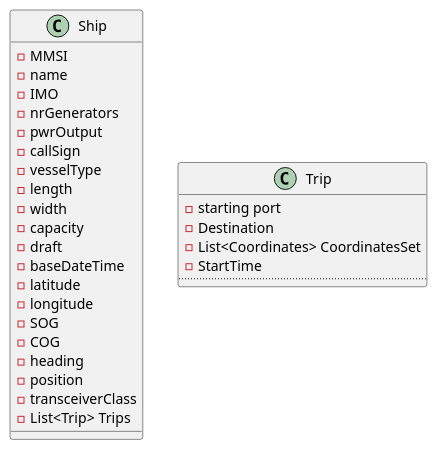
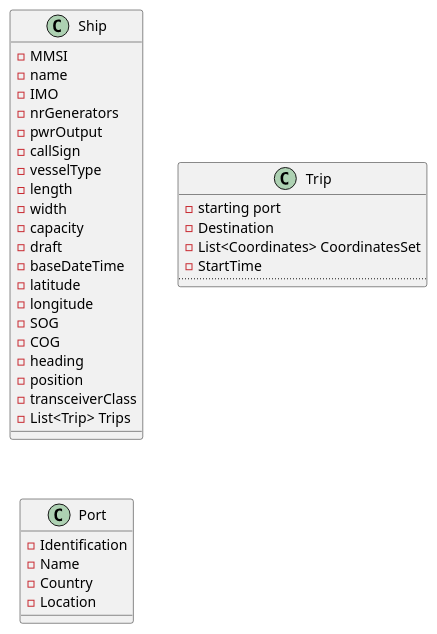
The diagram in docs/Sprint1/US105/CD.puml (mpoboas/lapr3-2021-g102), drawn with PlantUML before and after one commit.

Commit message:
<G0102-11> Changes to docs related to US105

```diff
--- a/docs/Sprint1/US105/CD.puml
+++ b/docs/Sprint1/US105/CD.puml
@@ -1,32 +1,40 @@
 @startuml
 class Ship {
 -MMSI
 -name
 -IMO
 -nrGenerators
 -pwrOutput
 -callSign
 -vesselType
 -length
 -width
 -capacity
 -draft
 -baseDateTime
 -latitude
 -longitude
 -SOG
 -COG
 -heading
 -position
 -transceiverClass
 -List<Trip> Trips
 }
 
 class Trip{
 -starting port
 -Destination
 -List<Coordinates> CoordinatesSet
 -StartTime
 ....
 }
+
+class Port{
+-Identification
+-Name
+-Country
+-Location
+}
+
 @enduml
```
